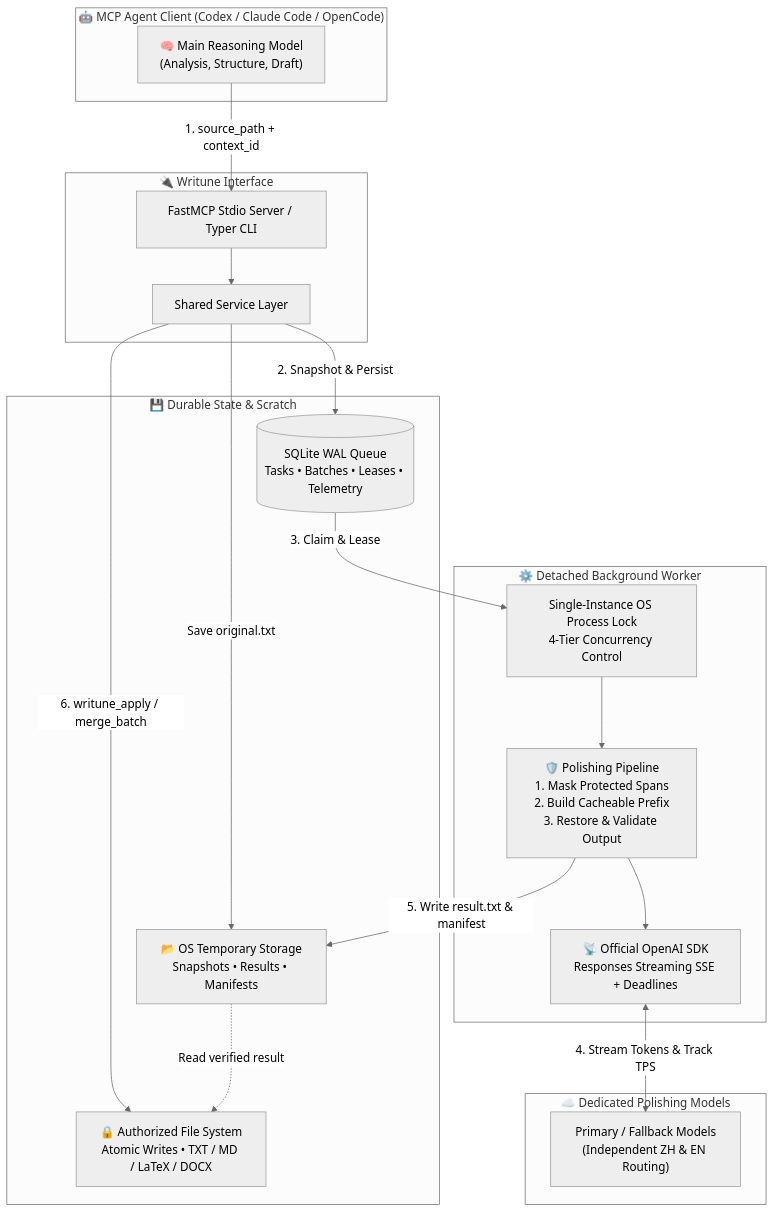
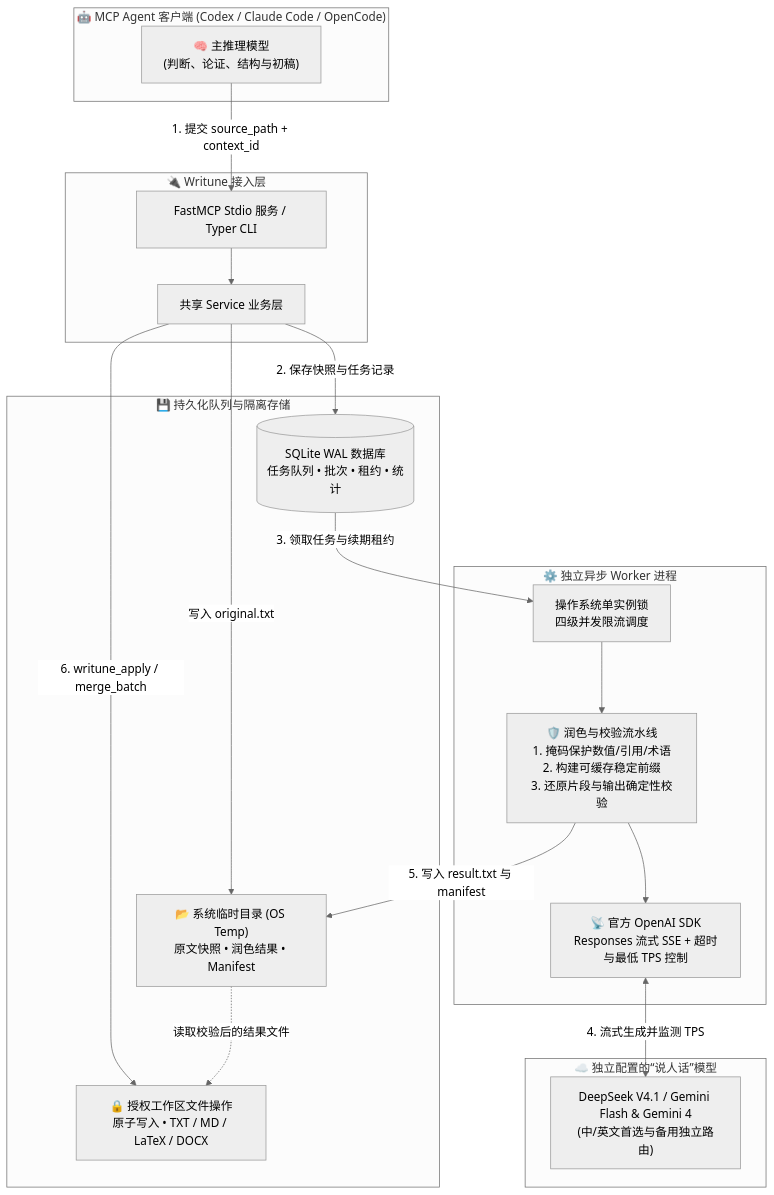
One commit to jung233/Writune changed the diagram in README.md. Above: the diagram before and after it, drawn with Mermaid (neutral theme). The commit also changed other lines of this file and 6 other files, not shown here.

````diff
--- a/README.md
+++ b/README.md
@@ -109,39 +151,39 @@
 ```mermaid
 flowchart TB
-    subgraph Client["🤖 MCP Agent Client (Codex / Claude Code / OpenCode)"]
-        A["🧠 Main Reasoning Model<br/>(Analysis, Structure, Draft)"]
+    subgraph Client["🤖 MCP Agent 客户端 (Codex / Claude Code / OpenCode)"]
+        A["🧠 主推理模型<br/>(判断、论证、结构与初稿)"]
     end
 
-    subgraph Entry["🔌 Writune Interface"]
-        B["FastMCP Stdio Server / Typer CLI"]
-        C["Shared Service Layer"]
+    subgraph Entry["🔌 Writune 接入层"]
+        B["FastMCP Stdio 服务 / Typer CLI"]
+        C["共享 Service 业务层"]
     end
 
-    subgraph Storage["💾 Durable State & Scratch"]
-        D[("SQLite WAL Queue<br/>Tasks • Batches • Leases • Telemetry")]
-        E["🔒 Authorized File System<br/>Atomic Writes • TXT / MD / LaTeX / DOCX"]
-        F["📂 OS Temporary Storage<br/>Snapshots • Results • Manifests"]
+    subgraph Storage["💾 持久化队列与隔离存储"]
+        D[("SQLite WAL 数据库<br/>任务队列 • 批次 • 租约 • 统计")]
+        E["🔒 授权工作区文件操作<br/>原子写入 • TXT / MD / LaTeX / DOCX"]
+        F["📂 系统临时目录 (OS Temp)<br/>原文快照 • 润色结果 • Manifest"]
     end
 
-    subgraph Engine["⚙️ Detached Background Worker"]
-        G["Single-Instance OS Process Lock<br/>4-Tier Concurrency Control"]
-        H["🛡️ Polishing Pipeline<br/>1. Mask Protected Spans<br/>2. Build Cacheable Prefix<br/>3. Restore & Validate Output"]
-        I["📡 Official OpenAI SDK<br/>Responses Streaming SSE + Deadlines"]
+    subgraph Engine["⚙️ 独立异步 Worker 进程"]
+        G["操作系统单实例锁<br/>四级并发限流调度"]
+        H["🛡️ 润色与校验流水线<br/>1. 掩码保护数值/引用/术语<br/>2. 构建可缓存稳定前缀<br/>3. 还原片段与输出确定性校验"]
+        I["📡 官方 OpenAI SDK<br/>Responses 流式 SSE + 超时与最低 TPS 控制"]
     end
 
-    subgraph Upstream["☁️ Dedicated Polishing Models"]
-        J["Primary / Fallback Models<br/>(Independent ZH & EN Routing)"]
+    subgraph Upstream["☁️ 独立配置的“说人话”模型"]
+        J["DeepSeek V4.1 / Gemini Flash & Gemini 4<br/>(中/英文首选与备用独立路由)"]
     end
 
-    A -- "1. source_path + context_id" --> B
+    A -- "1. 提交 source_path + context_id" --> B
     B --> C
-    C -- "2. Snapshot & Persist" --> D
-    C -- "Save original.txt" --> F
-    D -- "3. Claim & Lease" --> G
+    C -- "2. 保存快照与任务记录" --> D
+    C -- "写入 original.txt" --> F
+    D -- "3. 领取任务与续期租约" --> G
     G --> H
     H --> I
-    I <-- "4. Stream Tokens & Track TPS" --> J
-    H -- "5. Write result.txt & manifest" --> F
+    I <-- "4. 流式生成并监测 TPS" --> J
+    H -- "5. 写入 result.txt 与 manifest" --> F
     C -- "6. writune_apply / merge_batch" --> E
-    F -. "Read verified result" .-> E
+    F -. "读取校验后的结果文件" .-> E
 ```
````
